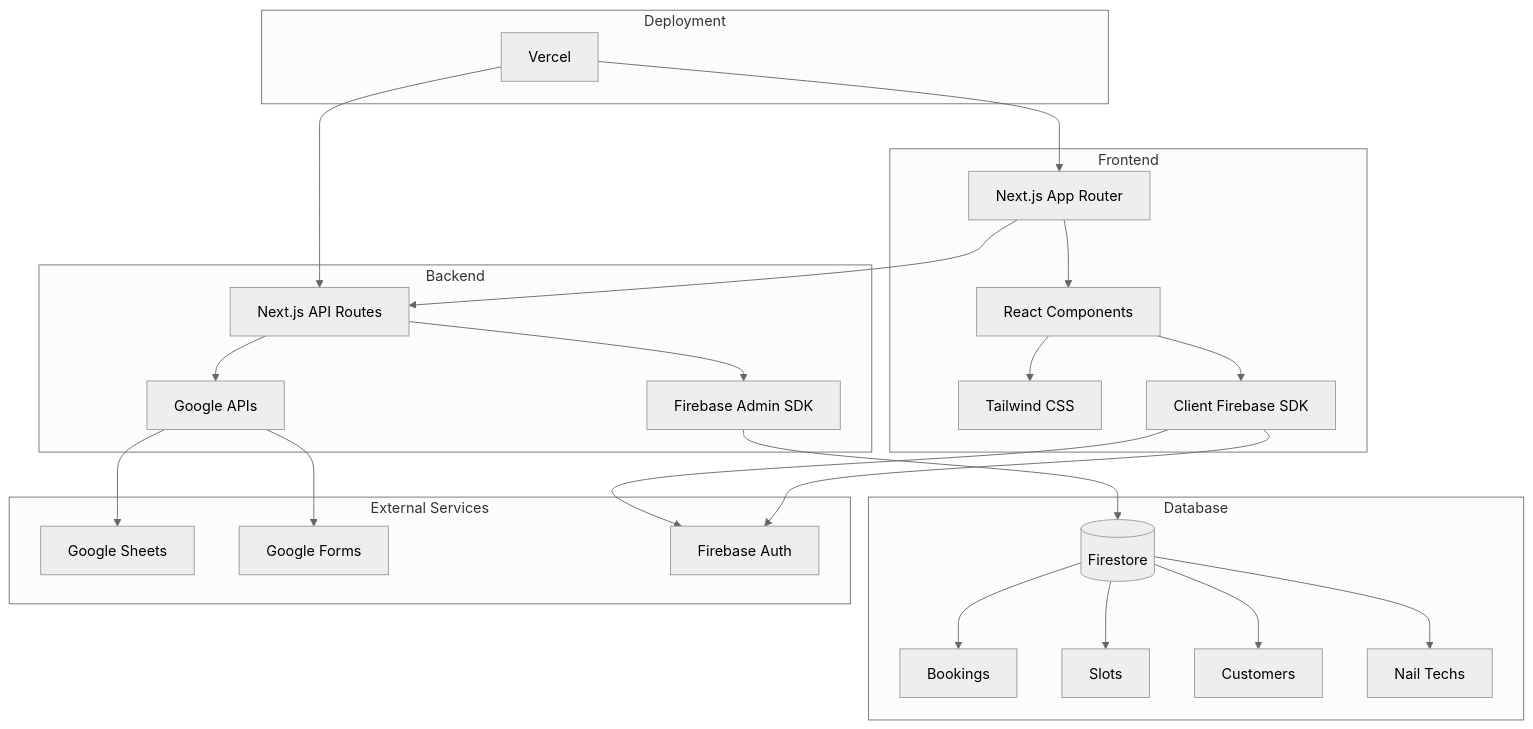
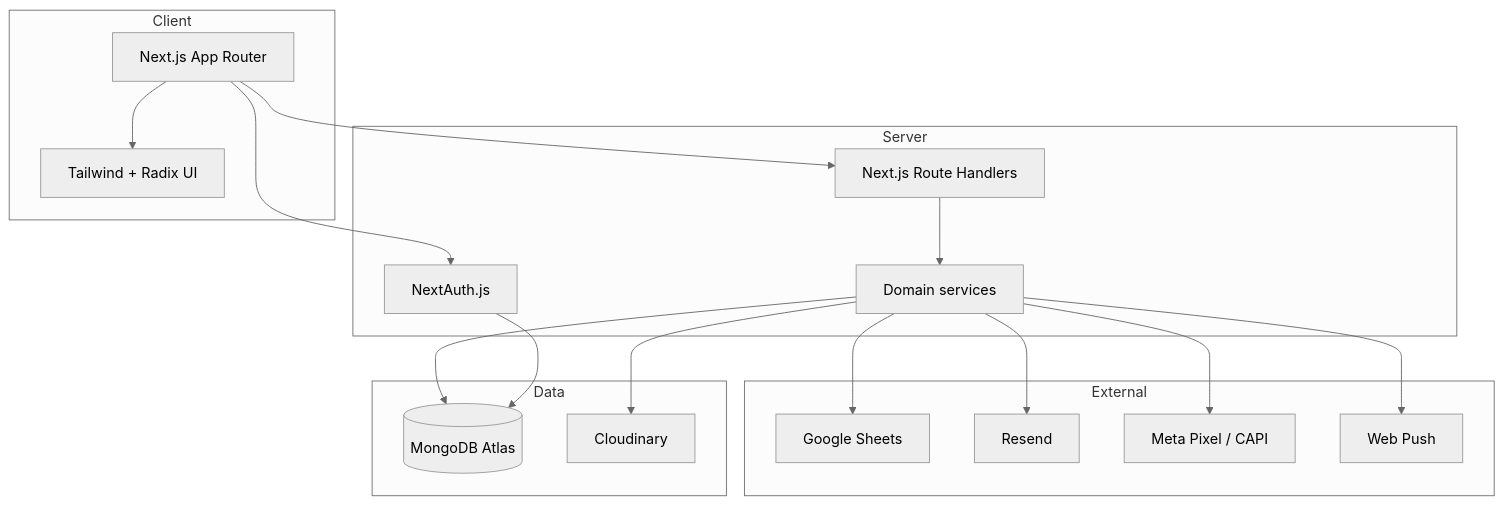
Before and after one commit to GitJenCerio/WebTech: the diagram in README.md, drawn with Mermaid (neutral theme). The commit also changed other lines of this file and 8 other files, not shown here.

Commit message:
Adjust UI components in admin pages for improved functionality and user experience, including invoice handling and dual technician selection. Enhance pricing utility functions for express services.

````diff
--- a/README.md
+++ b/README.md
@@ -41,35 +61,36 @@
 ```mermaid
 graph TB
-    subgraph "Frontend"
-        A[Next.js App Router] --> B[React Components]
-        B --> C[Tailwind CSS]
-        B --> D[Client Firebase SDK]
-    end
-    
-    subgraph "Backend"
-        E[Next.js API Routes] --> F[Firebase Admin SDK]
-        E --> G[Google APIs]
-    end
-    
-    subgraph "Database"
-        F --> H[(Firestore)]
-        H --> I[Bookings]
-        H --> J[Slots]
-        H --> K[Customers]
-        H --> L[Nail Techs]
-    end
-    
-    subgraph "External Services"
-        G --> M[Google Sheets]
-        G --> N[Google Forms]
-        D --> O[Firebase Auth]
-    end
-    
-    subgraph "Deployment"
-        P[Vercel] --> A
-        P --> E
-    end
-    
-    A --> E
-    D --> O
+  subgraph Client
+    Web[Next.js App Router]
+    Web --> Tailwind[Tailwind + Radix UI]
+  end
+
+  subgraph Server
+    API[Next.js Route Handlers]
+    Auth[NextAuth.js]
+    Services[Domain services]
+  end
+
+  subgraph Data
+    Mongo[(MongoDB Atlas)]
+    Cloudinary[Cloudinary]
+  end
+
+  subgraph External
+    Sheets[Google Sheets]
+    Resend[Resend]
+    Meta[Meta Pixel / CAPI]
+    Push[Web Push]
+  end
+
+  Web --> API
+  Web --> Auth
+  API --> Services
+  Auth --> Mongo
+  Services --> Mongo
+  Services --> Cloudinary
+  Services --> Sheets
+  Services --> Resend
+  Services --> Meta
+  Services --> Push
 ```
````
